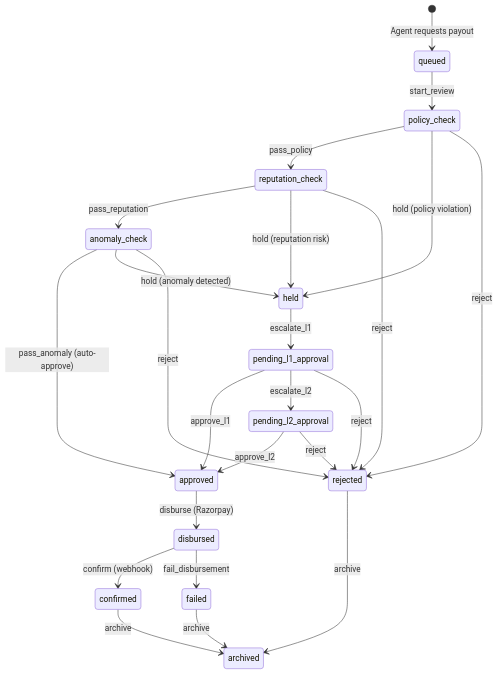
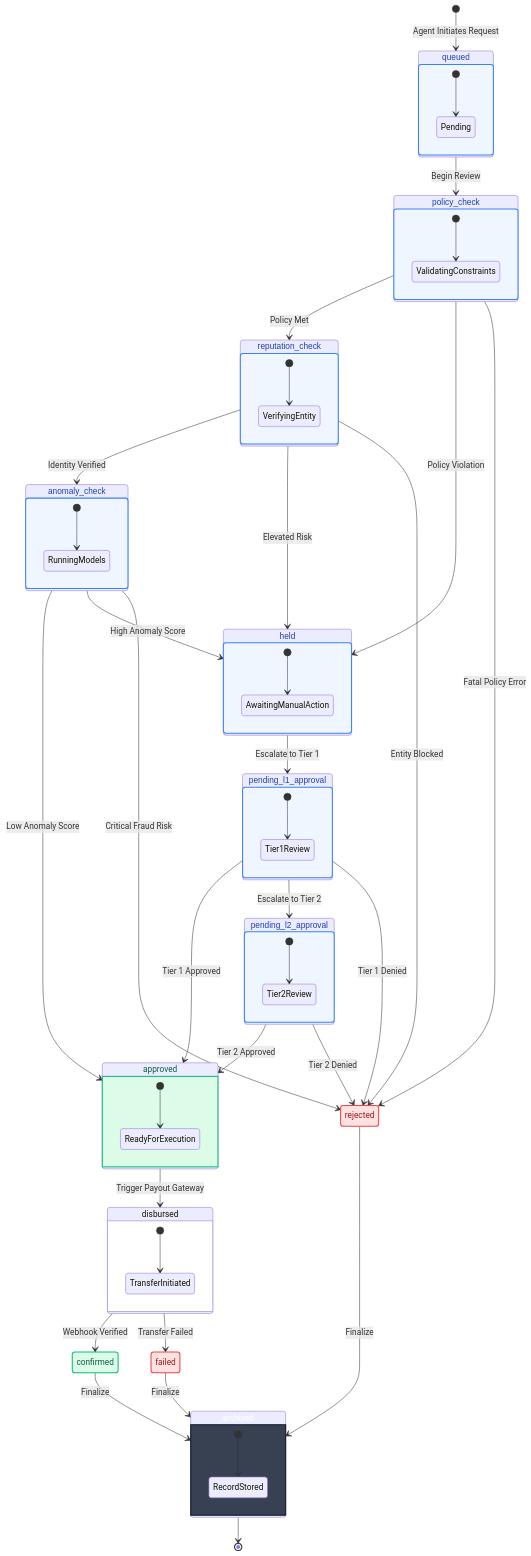
The diagram in docs/diagrams/payout_workflow.mmd (guglxni/VyapaarClaw), drawn with Mermaid before and after one commit. The commit also changed 5 other files, not shown here.

First line of the commit message:
docs: upgrade architecture and flow diagrams to professional grade

```diff
--- a/docs/diagrams/payout_workflow.mmd
+++ b/docs/diagrams/payout_workflow.mmd
@@ -1,34 +1,88 @@
 stateDiagram-v2
-    [*] --> queued: Agent requests payout
+    %% Professional State Diagram Styling
+    classDef state fill:#EFF6FF,stroke:#3B82F6,color:#1E40AF,stroke-width:2px,rx:5,ry:5,font-family:sans-serif;
+    classDef terminal fill:#374151,stroke:#111827,color:#FFFFFF,stroke-width:2px;
+    classDef error fill:#FEE2E2,stroke:#EF4444,color:#991B1B,stroke-width:2px;
+    classDef success fill:#DCFCE7,stroke:#10B981,color:#065F46,stroke-width:2px;
 
-    queued --> policy_check: start_review
+    [*] --> queued: Agent Initiates Request
+
+    state queued {
+        [*] --> Pending
+    }
+
+    queued --> policy_check: Begin Review
     
-    policy_check --> reputation_check: pass_policy
-    policy_check --> held: hold (policy violation)
-    policy_check --> rejected: reject
+    state policy_check {
+        [*] --> ValidatingConstraints
+    }
+    
+    policy_check --> reputation_check: Policy Met
+    policy_check --> held: Policy Violation
+    policy_check --> rejected: Fatal Policy Error
 
-    reputation_check --> anomaly_check: pass_reputation
-    reputation_check --> held: hold (reputation risk)
-    reputation_check --> rejected: reject
+    state reputation_check {
+        [*] --> VerifyingEntity
+    }
 
-    anomaly_check --> approved: pass_anomaly (auto-approve)
-    anomaly_check --> held: hold (anomaly detected)
-    anomaly_check --> rejected: reject
+    reputation_check --> anomaly_check: Identity Verified
+    reputation_check --> held: Elevated Risk
+    reputation_check --> rejected: Entity Blocked
 
-    held --> pending_l1_approval: escalate_l1
+    state anomaly_check {
+        [*] --> RunningModels
+    }
+
+    anomaly_check --> approved: Low Anomaly Score
+    anomaly_check --> held: High Anomaly Score
+    anomaly_check --> rejected: Critical Fraud Risk
+
+    state held {
+        [*] --> AwaitingManualAction
+    }
+
+    held --> pending_l1_approval: Escalate to Tier 1
     
-    pending_l1_approval --> approved: approve_l1
-    pending_l1_approval --> pending_l2_approval: escalate_l2
-    pending_l1_approval --> rejected: reject
+    state pending_l1_approval {
+        [*] --> Tier1Review
+    }
+    
+    pending_l1_approval --> approved: Tier 1 Approved
+    pending_l1_approval --> pending_l2_approval: Escalate to Tier 2
+    pending_l1_approval --> rejected: Tier 1 Denied
 
-    pending_l2_approval --> approved: approve_l2
-    pending_l2_approval --> rejected: reject
+    state pending_l2_approval {
+        [*] --> Tier2Review
+    }
 
-    approved --> disbursed: disburse (Razorpay)
+    pending_l2_approval --> approved: Tier 2 Approved
+    pending_l2_approval --> rejected: Tier 2 Denied
+
+    state approved {
+        [*] --> ReadyForExecution
+    }
+
+    approved --> disbursed: Trigger Payout Gateway
     
-    disbursed --> confirmed: confirm (webhook)
-    disbursed --> failed: fail_disbursement
+    state disbursed {
+        [*] --> TransferInitiated
+    }
     
-    confirmed --> archived: archive
-    rejected --> archived: archive
-    failed --> archived: archive
+    disbursed --> confirmed: Webhook Verified
+    disbursed --> failed: Transfer Failed
+    
+    confirmed --> archived: Finalize
+    rejected --> archived: Finalize
+    failed --> archived: Finalize
+
+    state archived {
+        [*] --> RecordStored
+    }
+
+    archived --> [*]
+
+    class queued,policy_check,reputation_check,anomaly_check state
+    class held,pending_l1_approval,pending_l2_approval state
+    class rejected,failed error
+    class approved,confirmed success
+    class archived terminal
```
